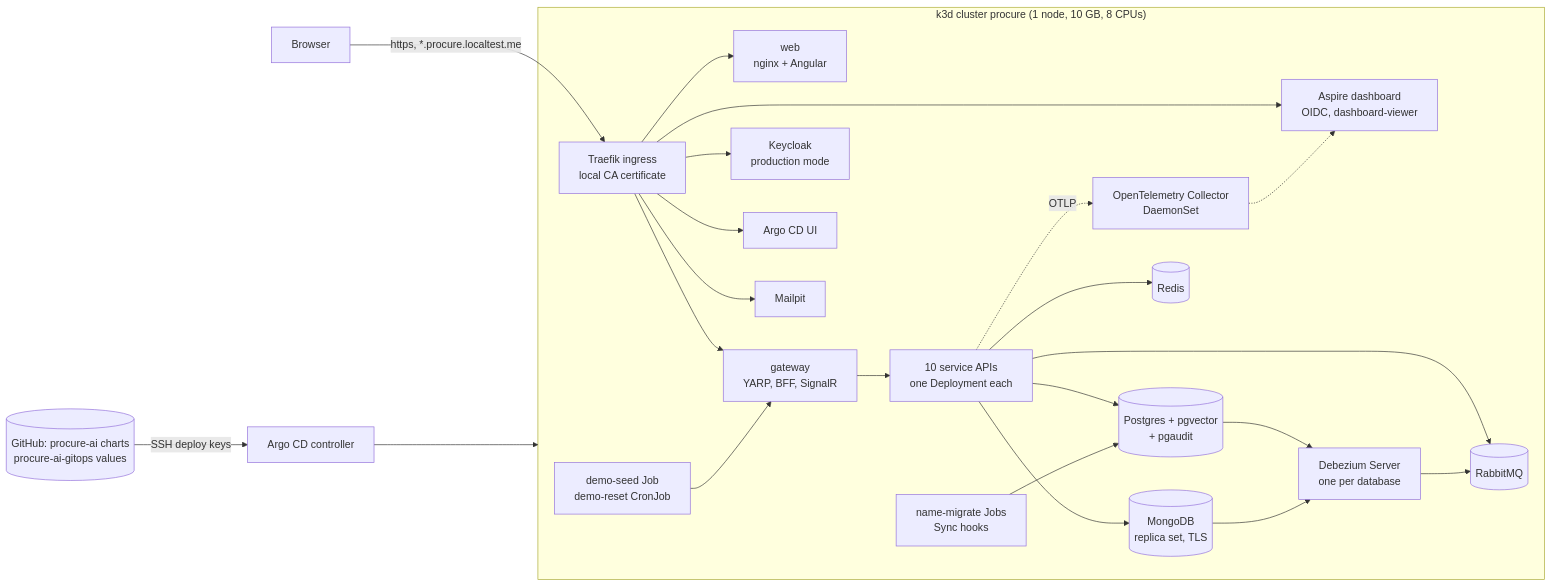
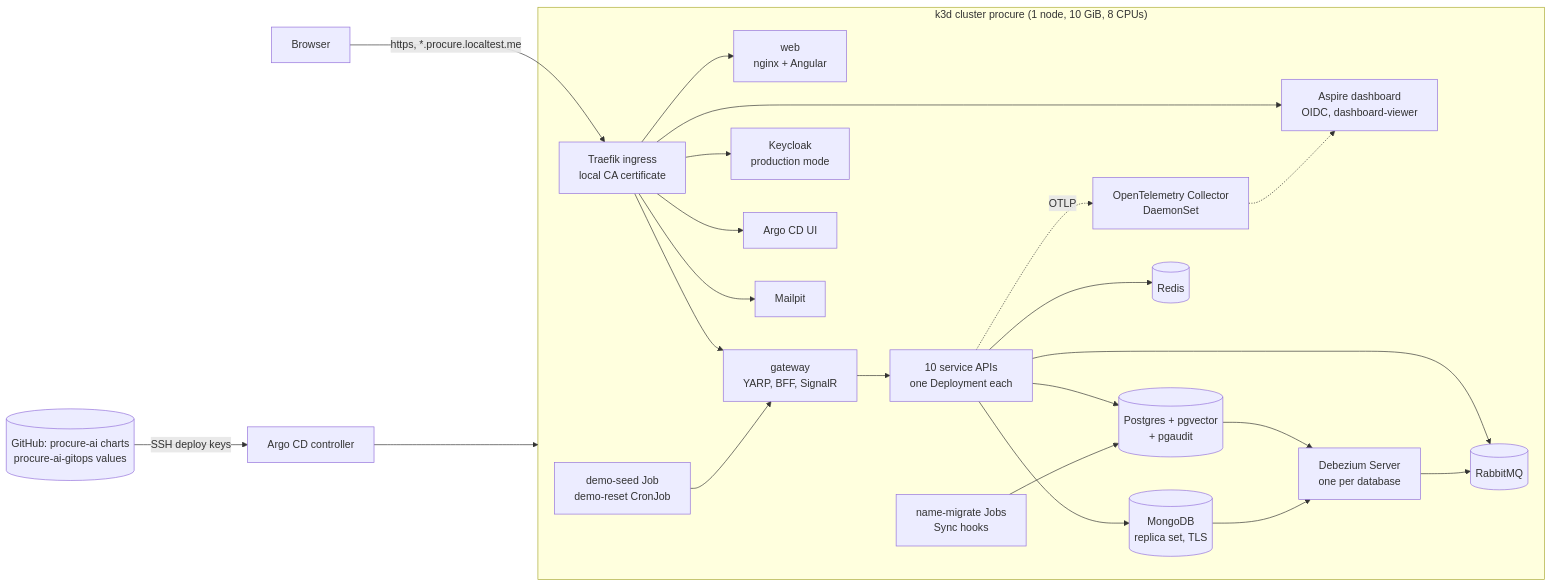
The diagram in docs/kubernetes.md (modefan/procure-ai), drawn with Mermaid before and after one commit. The commit also changed other lines of this file and 6 other files, not shown here.

````diff
--- a/docs/kubernetes.md
+++ b/docs/kubernetes.md
@@ -10,25 +10,25 @@
 ```mermaid
 flowchart LR
     browser[Browser] -->|https, *.procure.localtest.me| traefik[Traefik ingress<br/>local CA certificate]
-    subgraph k3d["k3d cluster procure (1 node, 10 GB, 8 CPUs)"]
+    subgraph k3d["k3d cluster procure (1 node, 10 GiB, 8 CPUs)"]
         traefik --> web[web<br/>nginx + Angular]
         traefik --> gateway[gateway<br/>YARP, BFF, SignalR]
         traefik --> keycloak[Keycloak<br/>production mode]
         traefik --> dashboard[Aspire dashboard<br/>OIDC, dashboard-viewer]
         traefik --> argocd[Argo CD UI]
         traefik --> mailpit[Mailpit]
         gateway --> apis[10 service APIs<br/>one Deployment each]
         apis --> pg[(Postgres + pgvector<br/>+ pgaudit)]
         apis --> mongo[(MongoDB<br/>replica set, TLS)]
         apis --> rabbit[(RabbitMQ)]
         apis --> redis[(Redis)]
         pg --> dbz[Debezium Server<br/>one per database]
         mongo --> dbz
         dbz --> rabbit
         apis -.->|OTLP| collector[OpenTelemetry Collector<br/>DaemonSet] -.-> dashboard
         migrate[name-migrate Jobs<br/>Sync hooks] --> pg
         seed[demo-seed Job<br/>demo-reset CronJob] --> gateway
     end
     git[(GitHub: procure-ai charts<br/>procure-ai-gitops values)] -->|SSH deploy keys| argocdctl[Argo CD controller]
     argocdctl --> k3d
 ```
````
